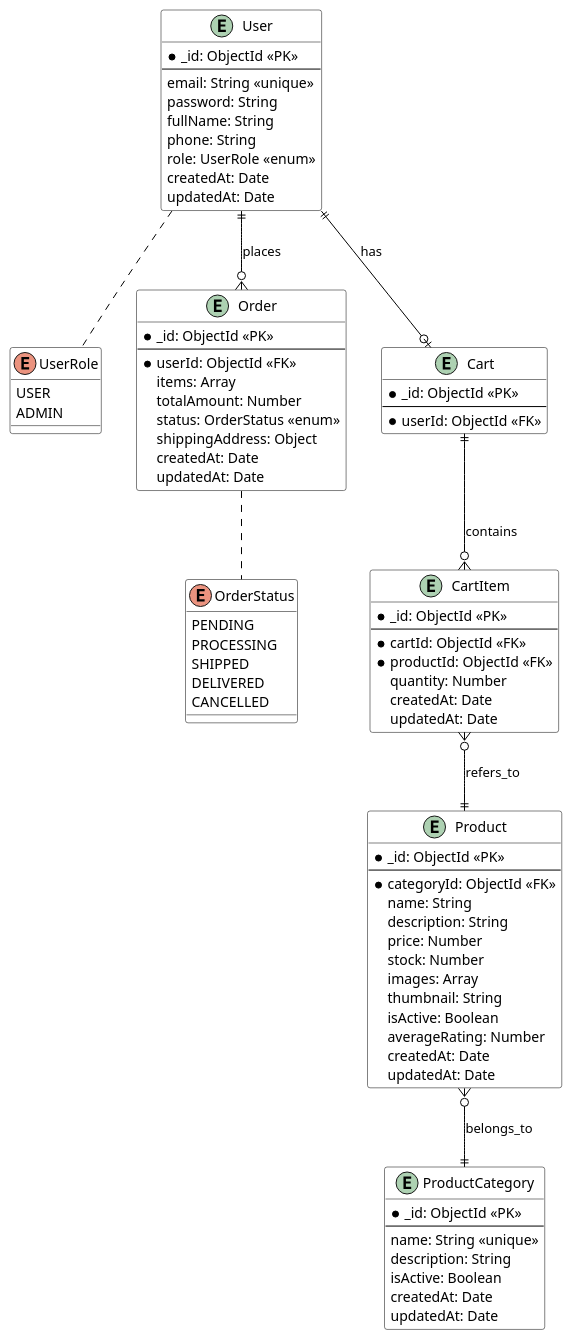
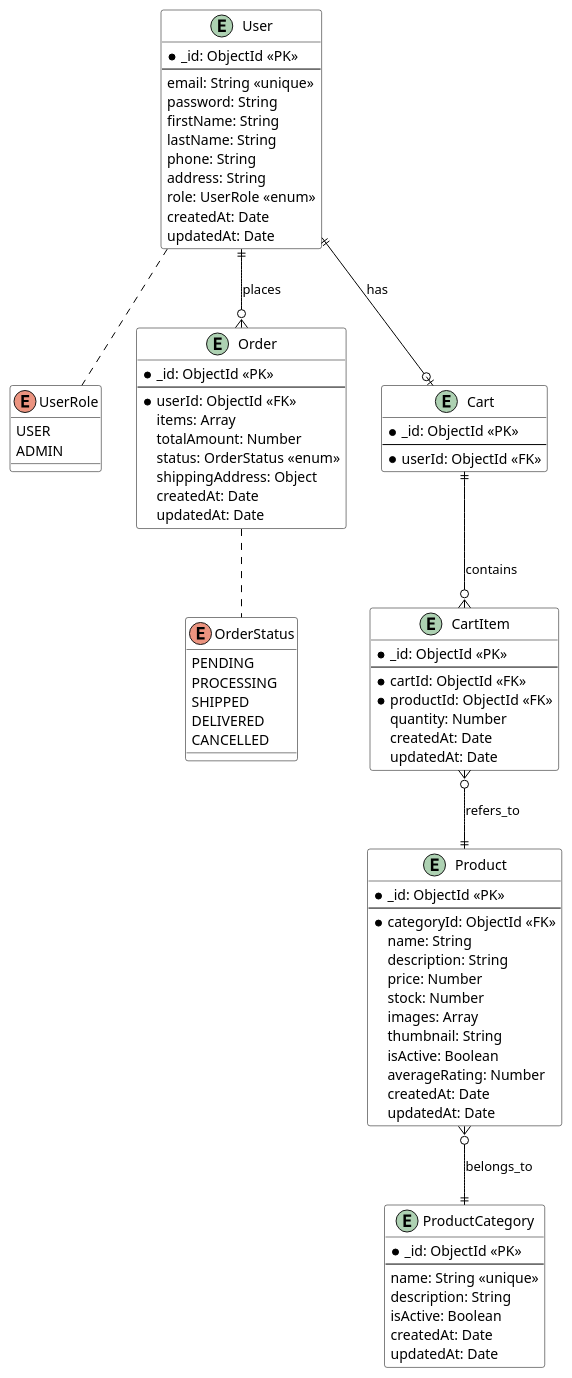
One commit to phongth803/tichhop changed the diagram in erd.pu. Above: the diagram before and after it, drawn with PlantUML. The commit also changed 10 other files, not shown here.

```diff
--- a/erd.pu
+++ b/erd.pu
@@ -1,102 +1,104 @@
 @startuml
 
 ' Định nghĩa style
 skinparam class {
     BackgroundColor White
     ArrowColor Black
     BorderColor Black
 }
 
 ' Định nghĩa enum
 enum UserRole {
     USER
     ADMIN
 }
 
 enum OrderStatus {
     PENDING
     PROCESSING
     SHIPPED
     DELIVERED
     CANCELLED
 }
 
 ' Định nghĩa entities
 entity "User" {
     *_id: ObjectId <<PK>>
     --
     email: String <<unique>>
     password: String
-    fullName: String
+    firstName: String
+    lastName: String
     phone: String
+    address: String
     role: UserRole <<enum>>
     createdAt: Date
     updatedAt: Date
 }
 
 entity "Product" {
     *_id: ObjectId <<PK>>
     --
     *categoryId: ObjectId <<FK>>
     name: String
     description: String
     price: Number
     stock: Number
     images: Array
     thumbnail: String
     isActive: Boolean
     averageRating: Number
     createdAt: Date
     updatedAt: Date
 }
 
 entity "ProductCategory" {
     *_id: ObjectId <<PK>>
     --
     name: String <<unique>>
     description: String
     isActive: Boolean
     createdAt: Date
     updatedAt: Date
 }
 
 entity "Order" {
     *_id: ObjectId <<PK>>
     --
     *userId: ObjectId <<FK>>
     items: Array
     totalAmount: Number
     status: OrderStatus <<enum>>
     shippingAddress: Object
     createdAt: Date
     updatedAt: Date
 }
 
 entity "Cart" {
     *_id: ObjectId <<PK>>
     --
     *userId: ObjectId <<FK>>
 }
 
 entity "CartItem" {
     *_id: ObjectId <<PK>>
     --
     *cartId: ObjectId <<FK>>
     *productId: ObjectId <<FK>>
     quantity: Number
     createdAt: Date
     updatedAt: Date
 }
 
 ' Định nghĩa relationships chính
 User ||--o{ Order : places
 User ||--o| Cart : has
 Product }o--|| ProductCategory : belongs_to
 Cart ||--o{ CartItem : contains
 CartItem }o--|| Product : refers_to
 
 ' Định nghĩa relationships với enum
 User .. UserRole
 Order .. OrderStatus
 
 @enduml 
```
